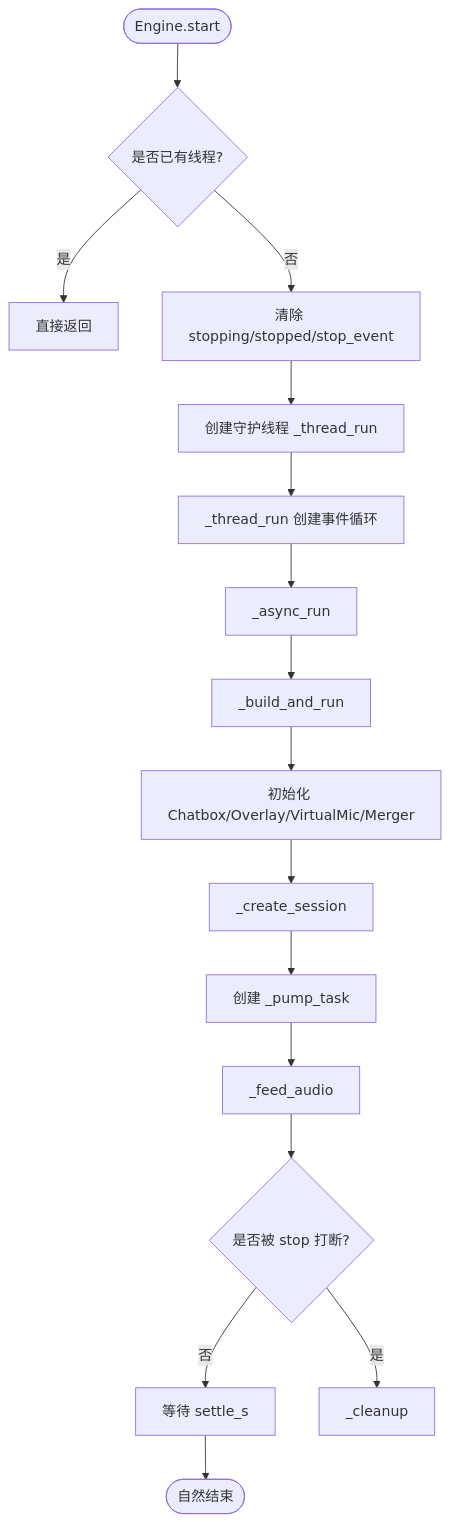
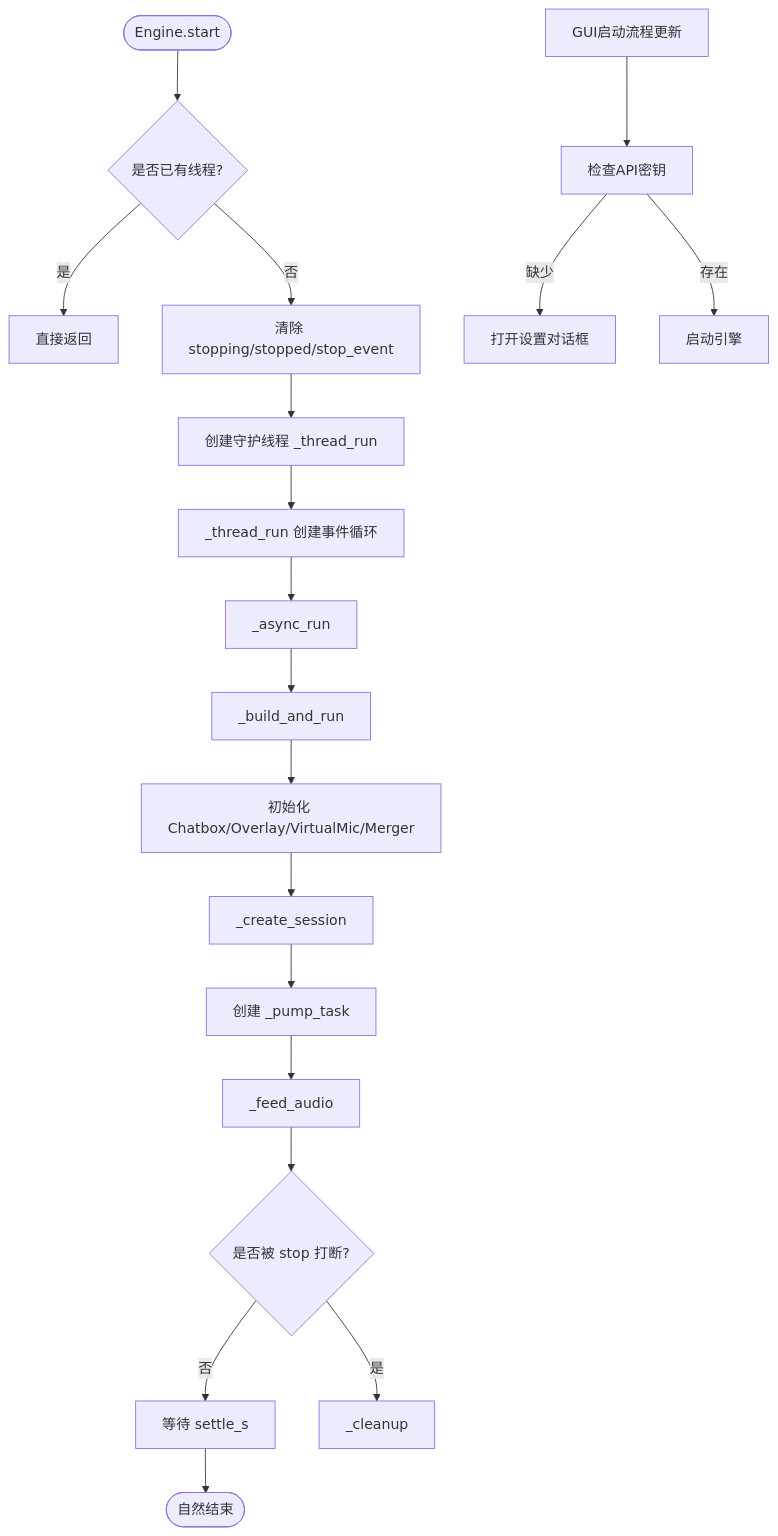
Before and after one commit to EMeowAGENT/vrchat-livetranslate: the fourth of 9 diagrams in .qoder/repowiki/zh/content/核心引擎架构/引擎生命周期管理.md, drawn with Mermaid. The commit also changed other lines of this file and 75 other files, not shown here.

````diff
--- a/.qoder/repowiki/zh/content/核心引擎架构/引擎生命周期管理.md
+++ b/.qoder/repowiki/zh/content/核心引擎架构/引擎生命周期管理.md
@@ -222,18 +280,21 @@
 ```mermaid
 flowchart TD
 Start(["Engine.start"]) --> CheckThread{"是否已有线程?"}
 CheckThread --> |是| ReturnStart["直接返回"]
 CheckThread --> |否| ClearState["清除 stopping/stopped/stop_event"]
 ClearState --> CreateThread["创建守护线程 _thread_run"]
 CreateThread --> ThreadRun["_thread_run 创建事件循环"]
 ThreadRun --> AsyncRun["_async_run"]
 AsyncRun --> BuildRun["_build_and_run"]
 BuildRun --> SetupOutputs["初始化 Chatbox/Overlay/VirtualMic/Merger"]
 SetupOutputs --> CreateSession["_create_session"]
 CreateSession --> PumpTask["创建 _pump_task"]
 PumpTask --> FeedAudio["_feed_audio"]
 FeedAudio --> WaitSettle{"是否被 stop 打断?"}
 WaitSettle --> |否| SleepSettle["等待 settle_s"]
 SleepSettle --> End(["自然结束"])
 WaitSettle --> |是| Cleanup["_cleanup"]
+Note2["GUI启动流程更新"] --> CheckKey["检查API密钥"]
+CheckKey --> |缺少| OpenSettings["打开设置对话框"]
+CheckKey --> |存在| StartEngine["启动引擎"]
 ```
````
